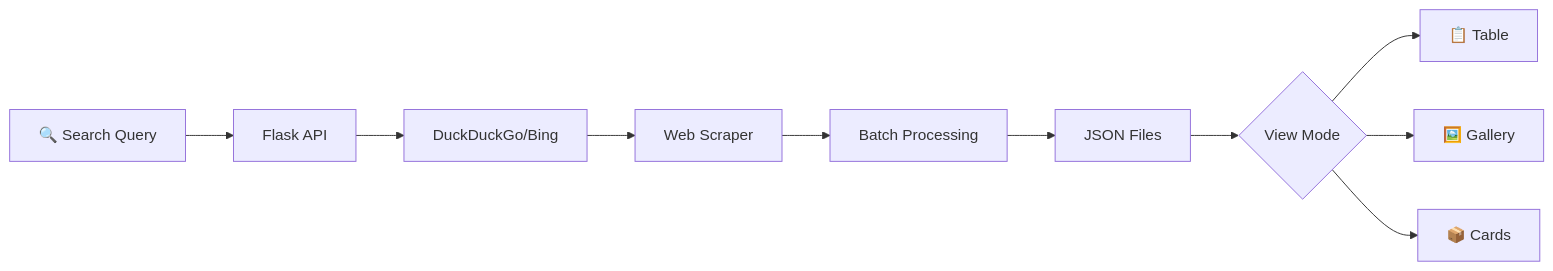
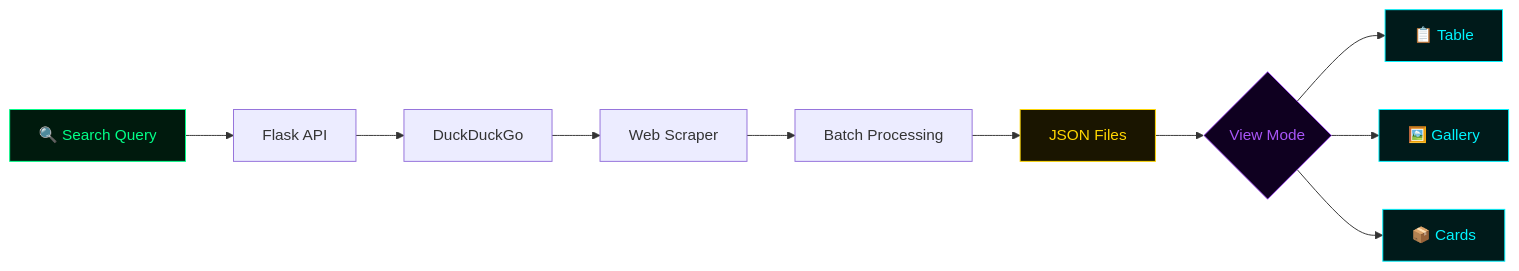
One commit to AshmitThakur23/Local-AI-Web-Navigator changed the third of 6 diagrams in README.md. Above: the diagram before and after it, drawn with Mermaid. The commit also changed other lines of this file, not shown here.

````diff
--- a/README.md
+++ b/README.md
@@ -412,12 +421,19 @@
 ```mermaid
 flowchart LR
     A[🔍 Search Query] --> B[Flask API]
-    B --> C[DuckDuckGo/Bing]
+    B --> C[DuckDuckGo]
     C --> D[Web Scraper]
     D --> E[Batch Processing]
     E --> F[JSON Files]
     F --> G{View Mode}
     G --> H[📋 Table]
     G --> I[🖼️ Gallery]
     G --> J[📦 Cards]
+
+    style A fill:#001a0d,stroke:#00ff88,color:#00ff88
+    style F fill:#1a1500,stroke:#ffd700,color:#ffd700
+    style G fill:#0f0020,stroke:#a855f7,color:#a855f7
+    style H fill:#001a1a,stroke:#00f5ff,color:#00f5ff
+    style I fill:#001a1a,stroke:#00f5ff,color:#00f5ff
+    style J fill:#001a1a,stroke:#00f5ff,color:#00f5ff
 ```
````
